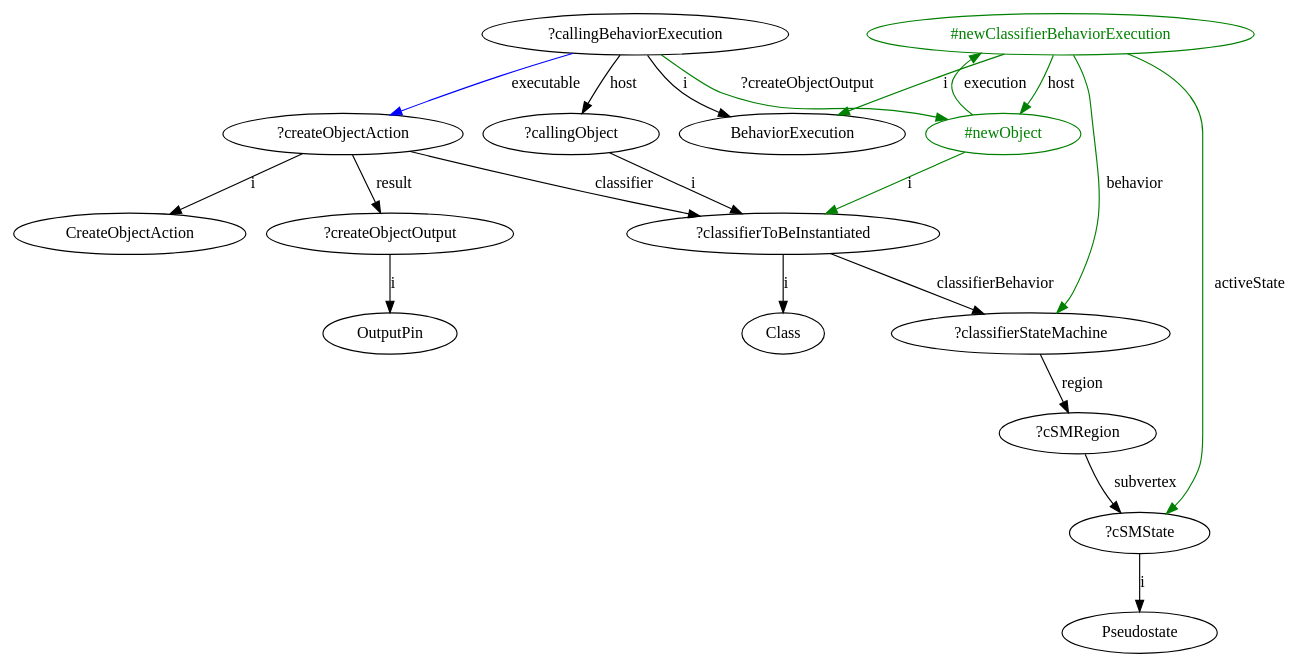
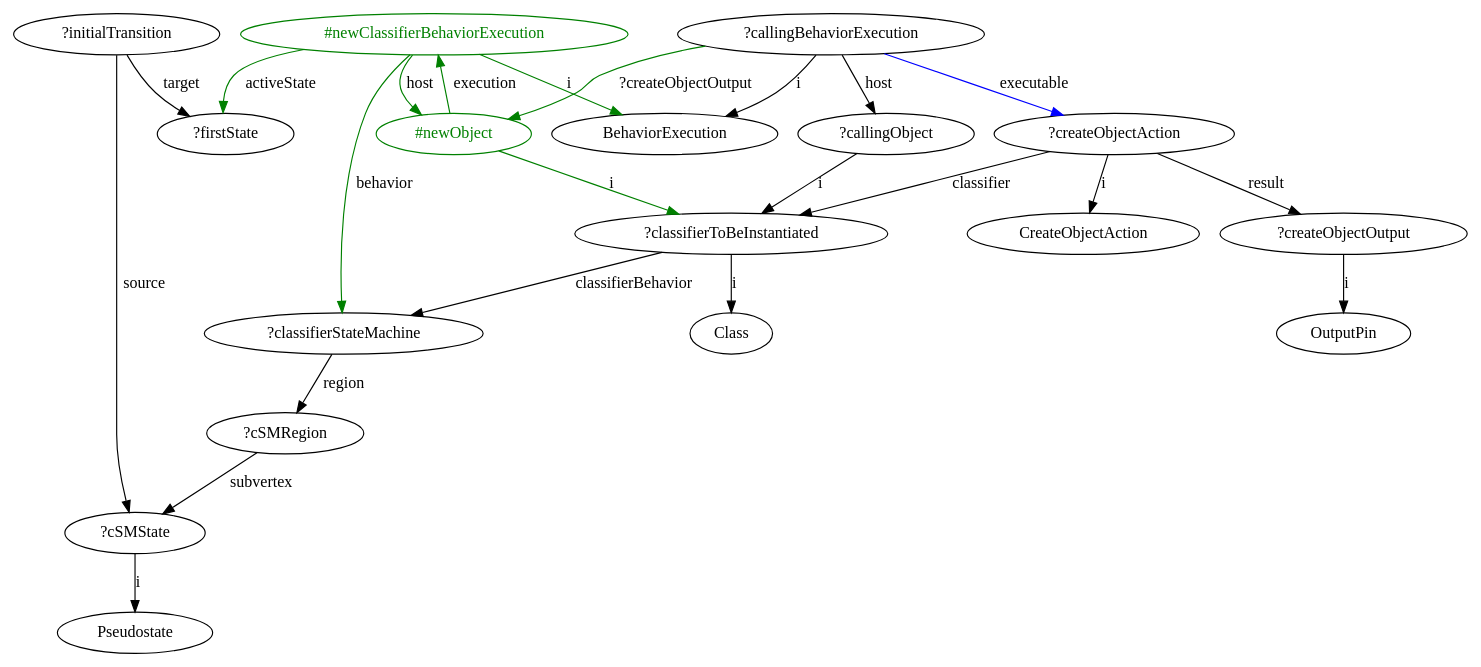
One commit to luisneiva/graf-framework changed the diagram in GraphOutputs/createObjectAction-SameType.dot. Above: the diagram before and after it, drawn with Graphviz. The commit also changed 5 other files, not shown here.

```diff
--- a/GraphOutputs/createObjectAction-SameType.dot
+++ b/GraphOutputs/createObjectAction-SameType.dot
@@ -1,31 +1,33 @@
 digraph createObjectAction_SameType {
 	"?createObjectAction" -> "CreateObjectAction" [label="i"]
 	"?createObjectAction" -> "?createObjectOutput" [label="result"]
 	"?createObjectAction" -> "?classifierToBeInstantiated" [label="classifier"]
 	"?classifierToBeInstantiated" -> "Class" [label="i"]
 	"?createObjectOutput" -> "OutputPin" [label="i"]
 	"?callingBehaviorExecution" -> "BehaviorExecution" [label="i"]
 	"?callingBehaviorExecution" -> "?callingObject" [label="host"]
 	"?classifierToBeInstantiated" -> "?classifierStateMachine" [label="classifierBehavior"]
 	"?classifierStateMachine" -> "?cSMRegion" [label="region"]
 	"?cSMRegion" -> "?cSMState" [label="subvertex"]
 	"?cSMState" -> "Pseudostate" [label="i"]
 	"?callingObject" -> "?classifierToBeInstantiated" [label="i"]
 	"#newObject" -> "?classifierToBeInstantiated" [label="i", color="green"]
 	"#newObject" [color="green", fontcolor="green"]
 	"#newObject" -> "#newClassifierBehaviorExecution" [label="execution", color="green"]
 	"#newObject" [color="green", fontcolor="green"]
 	"#newClassifierBehaviorExecution" [color="green", fontcolor="green"]
 	"#newClassifierBehaviorExecution" -> "#newObject" [label="host", color="green"]
 	"#newClassifierBehaviorExecution" [color="green", fontcolor="green"]
 	"#newObject" [color="green", fontcolor="green"]
 	"#newClassifierBehaviorExecution" -> "BehaviorExecution" [label="i", color="green"]
 	"#newClassifierBehaviorExecution" [color="green", fontcolor="green"]
 	"#newClassifierBehaviorExecution" -> "?classifierStateMachine" [label="behavior", color="green"]
 	"#newClassifierBehaviorExecution" [color="green", fontcolor="green"]
-	"#newClassifierBehaviorExecution" -> "?cSMState" [label="activeState", color="green"]
-	"#newClassifierBehaviorExecution" [color="green", fontcolor="green"]
 	"?callingBehaviorExecution" -> "#newObject" [label="?createObjectOutput", color="green"]
 	"#newObject" [color="green", fontcolor="green"]
+	"?initialTransition" -> "?firstState" [label="target"]
+	"?initialTransition" -> "?cSMState" [label="source"]
+	"#newClassifierBehaviorExecution" -> "?firstState" [label="activeState", color="green"]
+	"#newClassifierBehaviorExecution" [color="green", fontcolor="green"]
 	"?callingBehaviorExecution" -> "?createObjectAction" [label="executable", color="blue"]
 }
```
